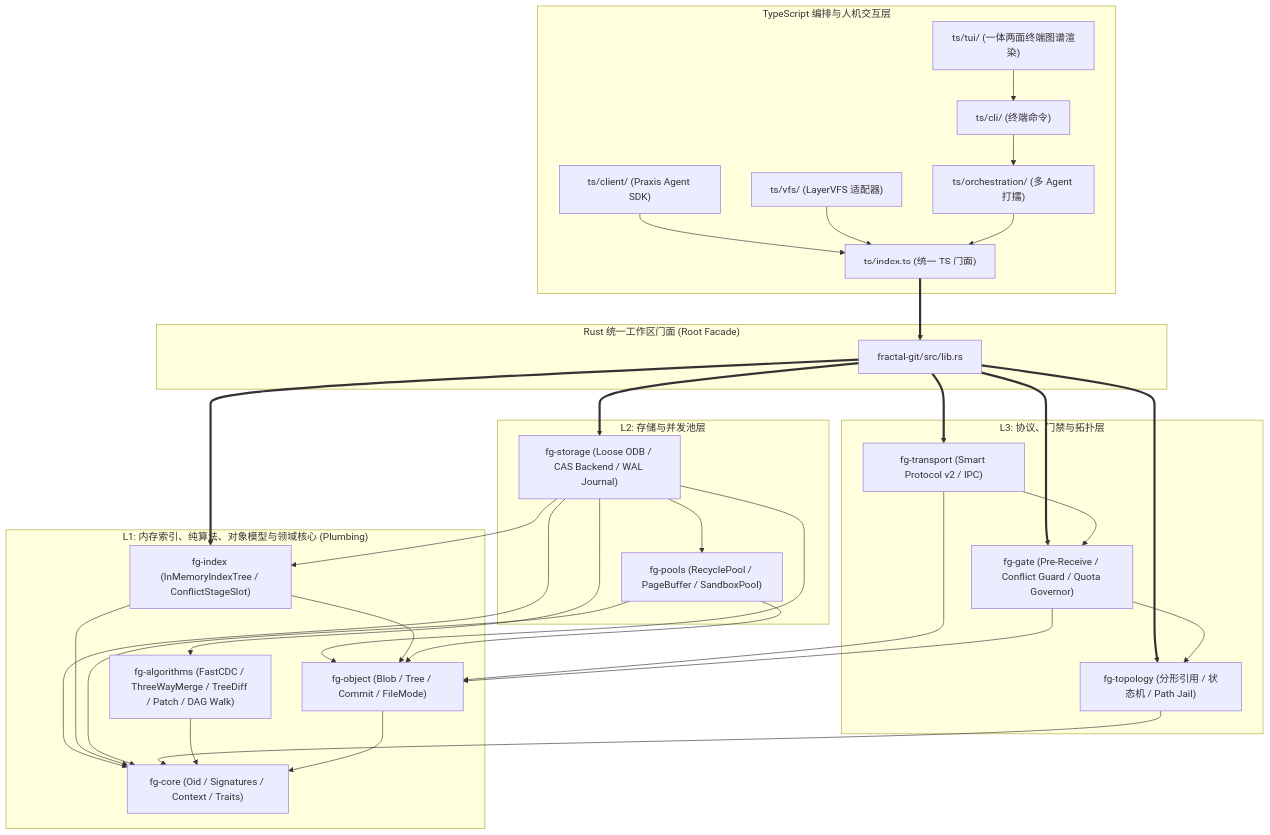
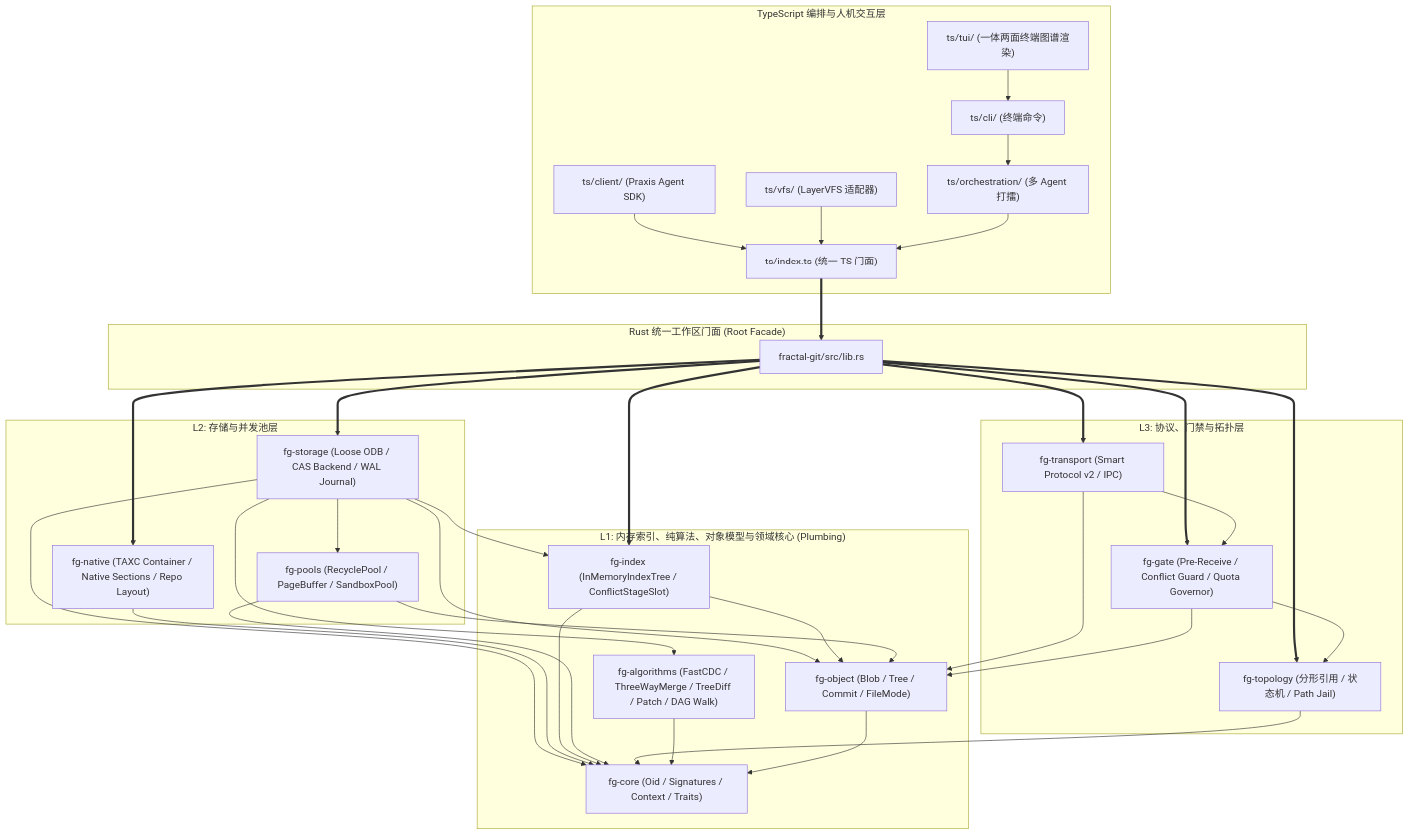
One commit to guilingzhouyi-creator/vscode-extensions changed the diagram in fractal-git/docs/DIRECTORY_SPEC.md. Above: the diagram before and after it, drawn with Mermaid. The commit also changed other lines of this file and 18 other files, not shown here.

````diff
--- a/fractal-git/docs/DIRECTORY_SPEC.md
+++ b/fractal-git/docs/DIRECTORY_SPEC.md
@@ -34,63 +35,67 @@
 ```mermaid
 flowchart TD
   subgraph TS_LAYER["TypeScript 编排与人机交互层"]
     CLIENT["ts/client/ (Praxis Agent SDK)"]
     VFS["ts/vfs/ (LayerVFS 适配器)"]
     TUI["ts/tui/ (一体两面终端图谱渲染)"]
     ORCH["ts/orchestration/ (多 Agent 打擂)"]
     CLI["ts/cli/ (终端命令)"]
     TS_FACADE["ts/index.ts (统一 TS 门面)"]
     CLIENT --> TS_FACADE
     VFS --> TS_FACADE
     TUI --> CLI --> ORCH --> TS_FACADE
   end
 
   subgraph ROOT_RUST["Rust 统一工作区门面 (Root Facade)"]
     ROOT_LIB["fractal-git/src/lib.rs"]
   end
 
   subgraph LAYER_TOP["L3: 协议、门禁与拓扑层"]
     TRANSPORT["fg-transport (Smart Protocol v2 / IPC)"]
     GATE["fg-gate (Pre-Receive / Conflict Guard / Quota Governor)"]
     TOPOLOGY["fg-topology (分形引用 / 状态机 / Path Jail)"]
   end
 
   subgraph LAYER_STORAGE["L2: 存储与并发池层"]
     STORAGE["fg-storage (Loose ODB / CAS Backend / WAL Journal)"]
+    NATIVE["fg-native (TAXC Container / Native Sections / Repo Layout)"]
     POOLS["fg-pools (RecyclePool / PageBuffer / SandboxPool)"]
   end
 
   subgraph LAYER_LEAF["L1: 内存索引、纯算法、对象模型与领域核心 (Plumbing)"]
     INDEX["fg-index (InMemoryIndexTree / ConflictStageSlot)"]
     ALGO["fg-algorithms (FastCDC / ThreeWayMerge / TreeDiff / Patch / DAG Walk)"]
     OBJECT["fg-object (Blob / Tree / Commit / FileMode)"]
     CORE["fg-core (Oid / Signatures / Context / Traits)"]
   end
 
   TS_FACADE ==> ROOT_LIB
   ROOT_LIB ==> TRANSPORT
   ROOT_LIB ==> GATE
   ROOT_LIB ==> STORAGE
+  ROOT_LIB ==> NATIVE
   ROOT_LIB ==> TOPOLOGY
   ROOT_LIB ==> INDEX
 
   TRANSPORT --> GATE --> TOPOLOGY
   TRANSPORT --> OBJECT
   GATE --> OBJECT
 
   STORAGE --> INDEX
   STORAGE --> POOLS
   STORAGE --> ALGO
   STORAGE --> OBJECT
   STORAGE --> CORE
 
+  NATIVE --> CORE
+
   INDEX --> OBJECT
   INDEX --> CORE
 
   POOLS --> OBJECT
   POOLS --> CORE
 
   TOPOLOGY --> CORE
   ALGO --> CORE
   OBJECT --> CORE
 ```
````
